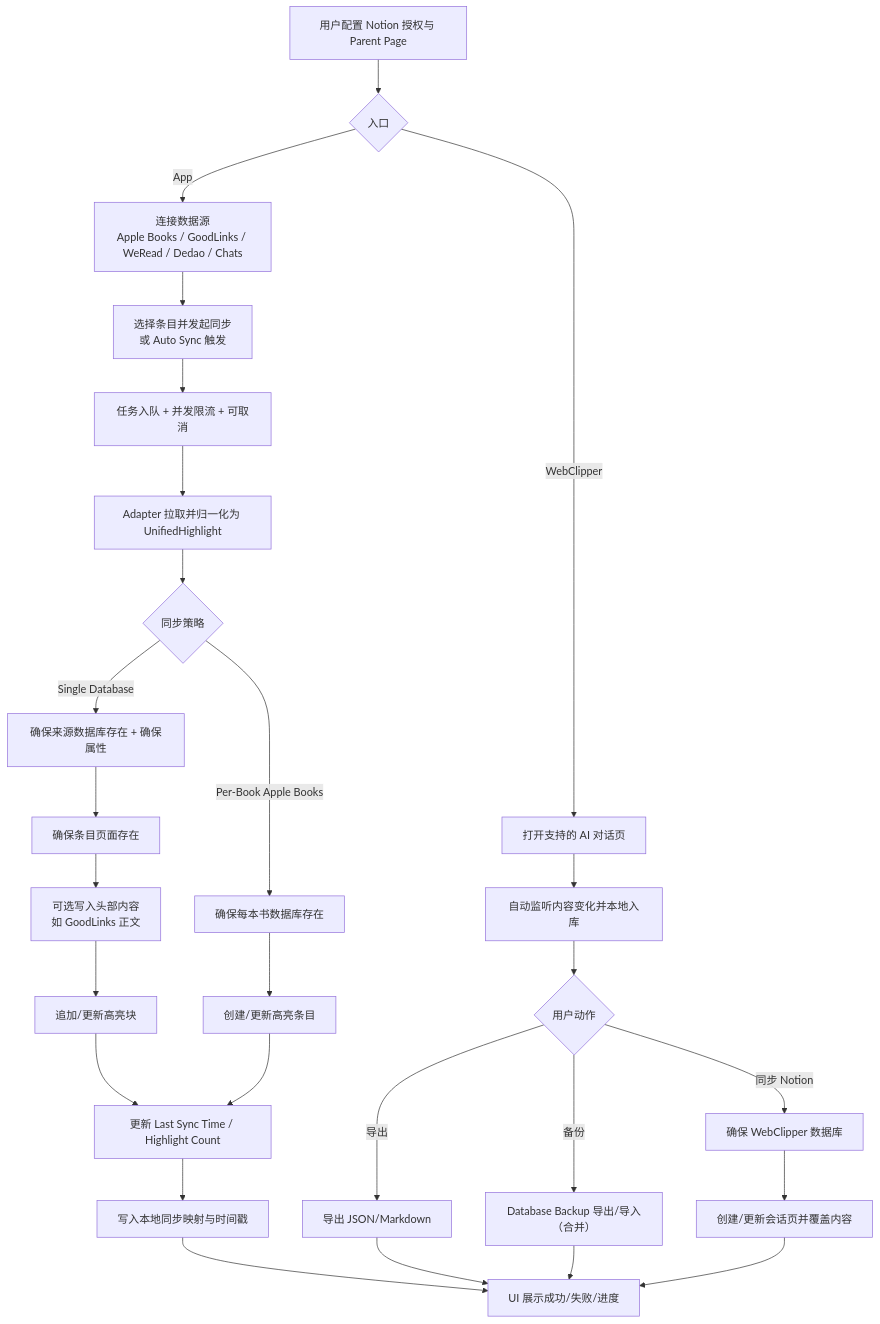
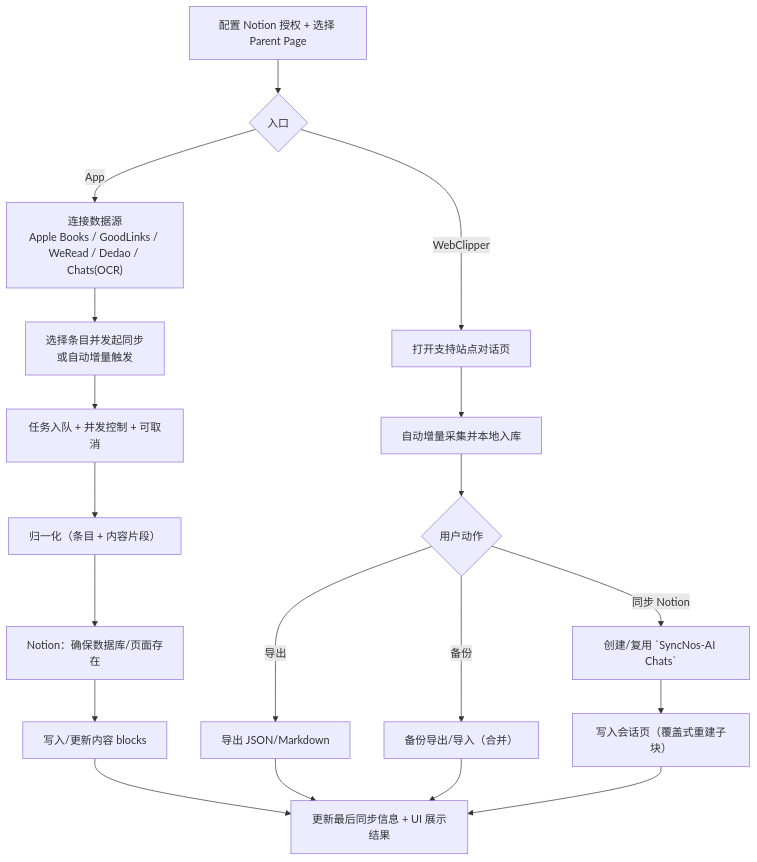
One commit to chiimagnus/SyncNos changed the diagram in .github/docs/business-logic.md. Above: the diagram before and after it, drawn with Mermaid. The commit also changed other lines of this file and 4 other files, not shown here.

````diff
--- a/.github/docs/business-logic.md
+++ b/.github/docs/business-logic.md
@@ -196,31 +128,23 @@
 ```mermaid
 flowchart TD
-    A["用户配置 Notion 授权与 Parent Page"] --> B{入口}
+    A["配置 Notion 授权 + 选择 Parent Page"] --> B{入口}
 
-    B -->|App| C["连接数据源<br/>Apple Books / GoodLinks / WeRead / Dedao / Chats"]
-    C --> D["选择条目并发起同步<br/>或 Auto Sync 触发"]
-    D --> E["任务入队 + 并发限流 + 可取消"]
-    E --> F["Adapter 拉取并归一化为 UnifiedHighlight"]
-    F --> G{同步策略}
-    G -->|Single Database| H["确保来源数据库存在 + 确保属性"]
-    H --> I["确保条目页面存在"]
-    I --> J["可选写入头部内容<br/>如 GoodLinks 正文"]
-    J --> K["追加/更新高亮块"]
-    G -->|Per-Book Apple Books| L["确保每本书数据库存在"]
-    L --> M["创建/更新高亮条目"]
-    K --> N["更新 Last Sync Time / Highlight Count"]
-    M --> N
-    N --> O["写入本地同步映射与时间戳"]
-    O --> P["UI 展示成功/失败/进度"]
+    B -->|App| C["连接数据源<br/>Apple Books / GoodLinks / WeRead / Dedao / Chats(OCR)"]
+    C --> D["选择条目并发起同步<br/>或自动增量触发"]
+    D --> E["任务入队 + 并发控制 + 可取消"]
+    E --> F["归一化（条目 + 内容片段）"]
+    F --> G["Notion：确保数据库/页面存在"]
+    G --> H["写入/更新内容 blocks"]
+    H --> I["更新最后同步信息 + UI 展示结果"]
 
-    B -->|WebClipper| W1["打开支持的 AI 对话页"]
-    W1 --> W2["自动监听内容变化并本地入库"]
+    B -->|WebClipper| W1["打开支持站点对话页"]
+    W1 --> W2["自动增量采集并本地入库"]
     W2 --> W3{用户动作}
     W3 -->|导出| W4["导出 JSON/Markdown"]
-    W3 -->|备份| W4b["Database Backup 导出/导入（合并）"]
-    W3 -->|同步 Notion| W5["确保 WebClipper 数据库"]
-    W5 --> W6["创建/更新会话页并覆盖内容"]
-    W4 --> P
-    W4b --> P
-    W6 --> P
+    W3 -->|备份| W5["备份导出/导入（合并）"]
+    W3 -->|同步 Notion| W6["创建/复用 `SyncNos-AI Chats`"]
+    W6 --> W7["写入会话页（覆盖式重建子块）"]
+    W4 --> I
+    W5 --> I
+    W7 --> I
 ```
````
